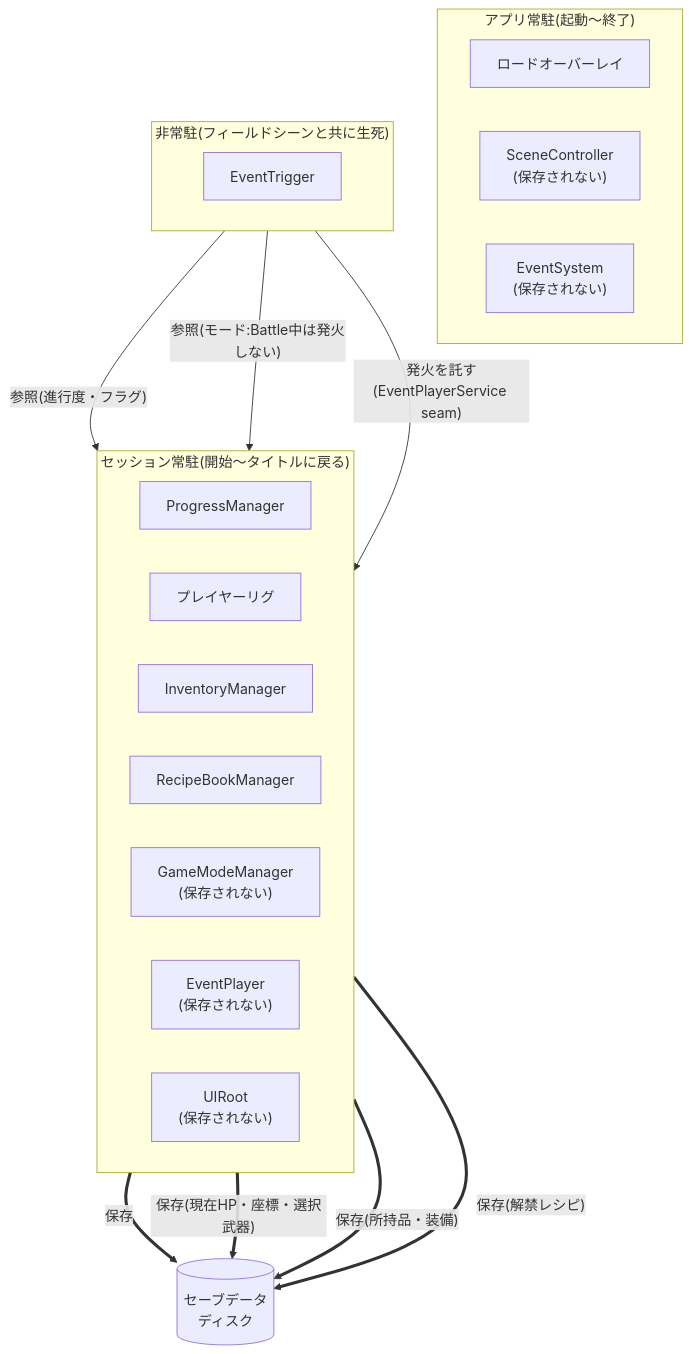
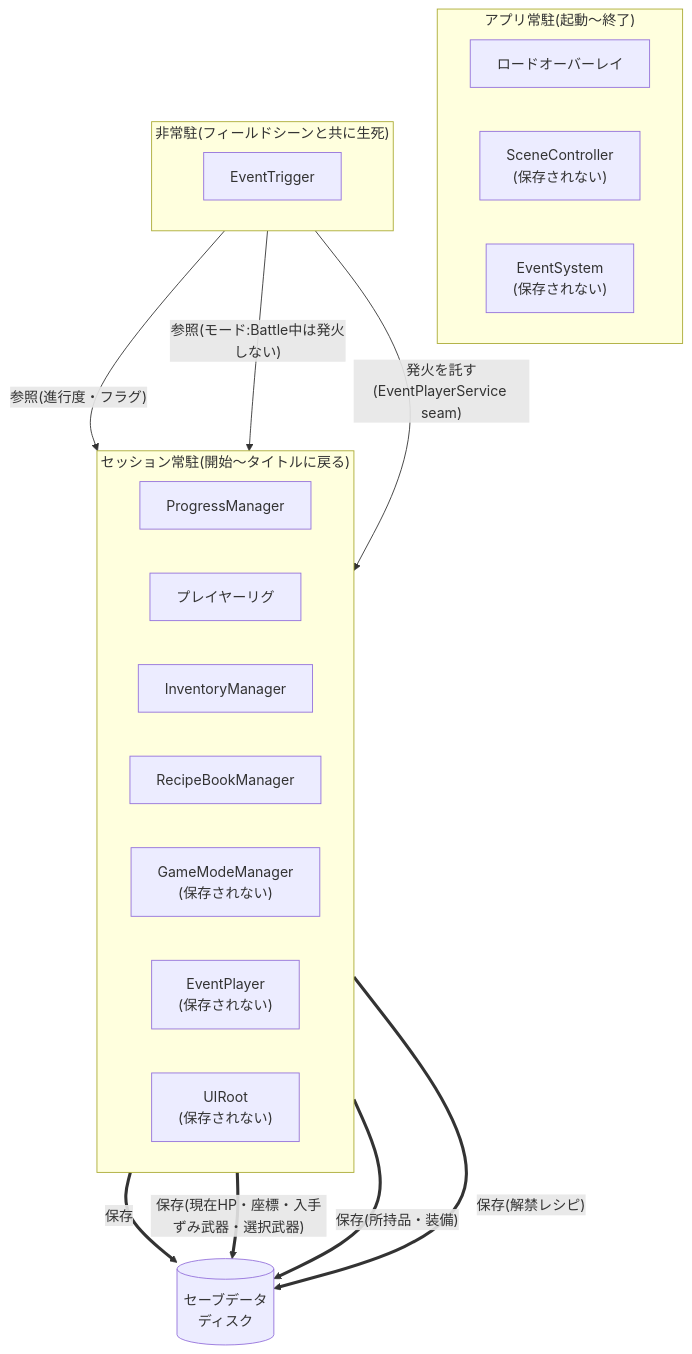
The diagram in Specification.md (CreativeAI2026/documents), drawn with Mermaid before and after one commit. The commit also changed other lines of this file, not shown here.

````diff
--- a/Specification.md
+++ b/Specification.md
@@ -186,35 +186,35 @@
 ```mermaid
 flowchart TB
     subgraph app["アプリ常駐(起動〜終了)"]
         direction LR
         LO["ロードオーバーレイ"]
         SC["SceneController<br/>(保存されない)"]
         ES["EventSystem<br/>(保存されない)"]
     end
 
     subgraph session["セッション常駐(開始〜タイトルに戻る)"]
         direction LR
         PM["ProgressManager"]
         PS["プレイヤーリグ"]
         INV["InventoryManager"]
         RB["RecipeBookManager"]
         GMM["GameModeManager<br/>(保存されない)"]
         EP["EventPlayer<br/>(保存されない)"]
         UIR["UIRoot<br/>(保存されない)"]
     end
 
     subgraph scene["非常駐(フィールドシーンと共に生死)"]
         direction LR
         ET["EventTrigger"]
     end
 
     disk[("セーブデータ<br/>ディスク")]
 
     ET -->|"参照(進行度・フラグ)"| PM
     ET -->|"参照(モード:Battle中は発火しない)"| GMM
     ET -->|"発火を託す(EventPlayerService seam)"| EP
     PM ==>|保存| disk
-    PS ==>|"保存(現在HP・座標・選択武器)"| disk
+    PS ==>|"保存(現在HP・座標・入手ずみ武器・選択武器)"| disk
     INV ==>|"保存(所持品・装備)"| disk
     RB ==>|"保存(解禁レシピ)"| disk
 ```
````
